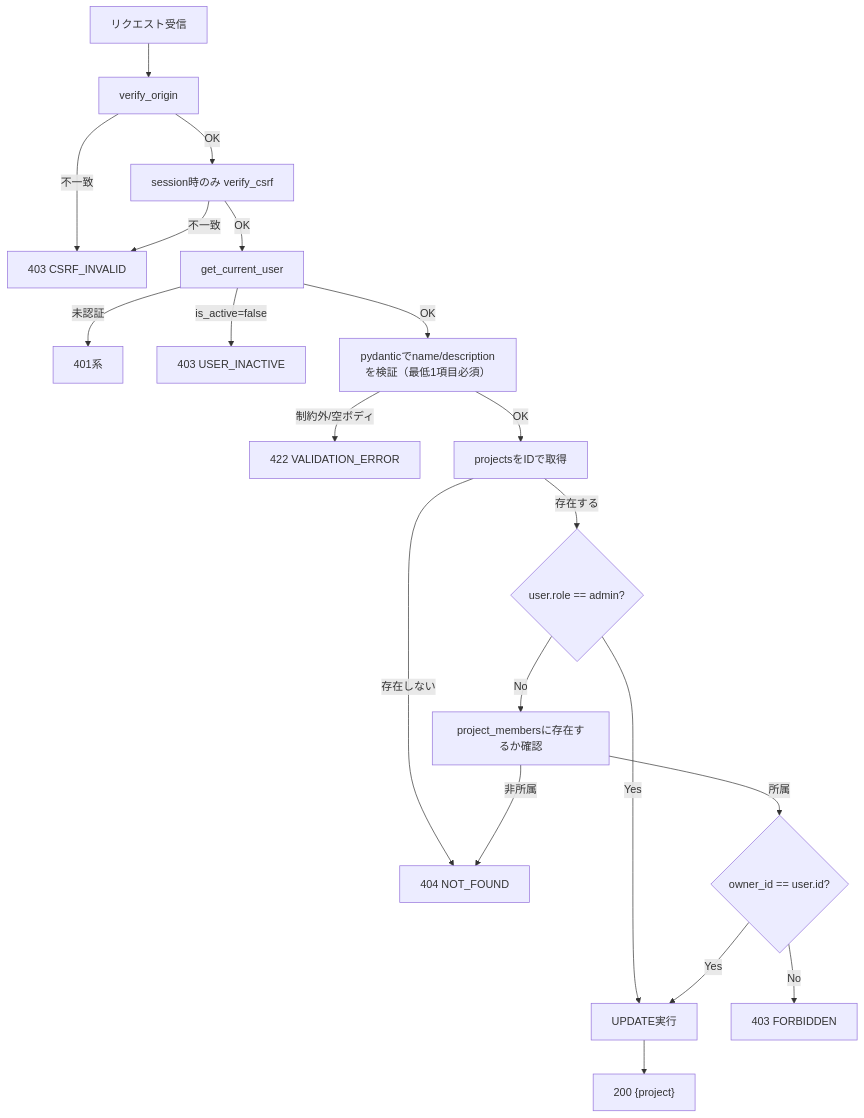
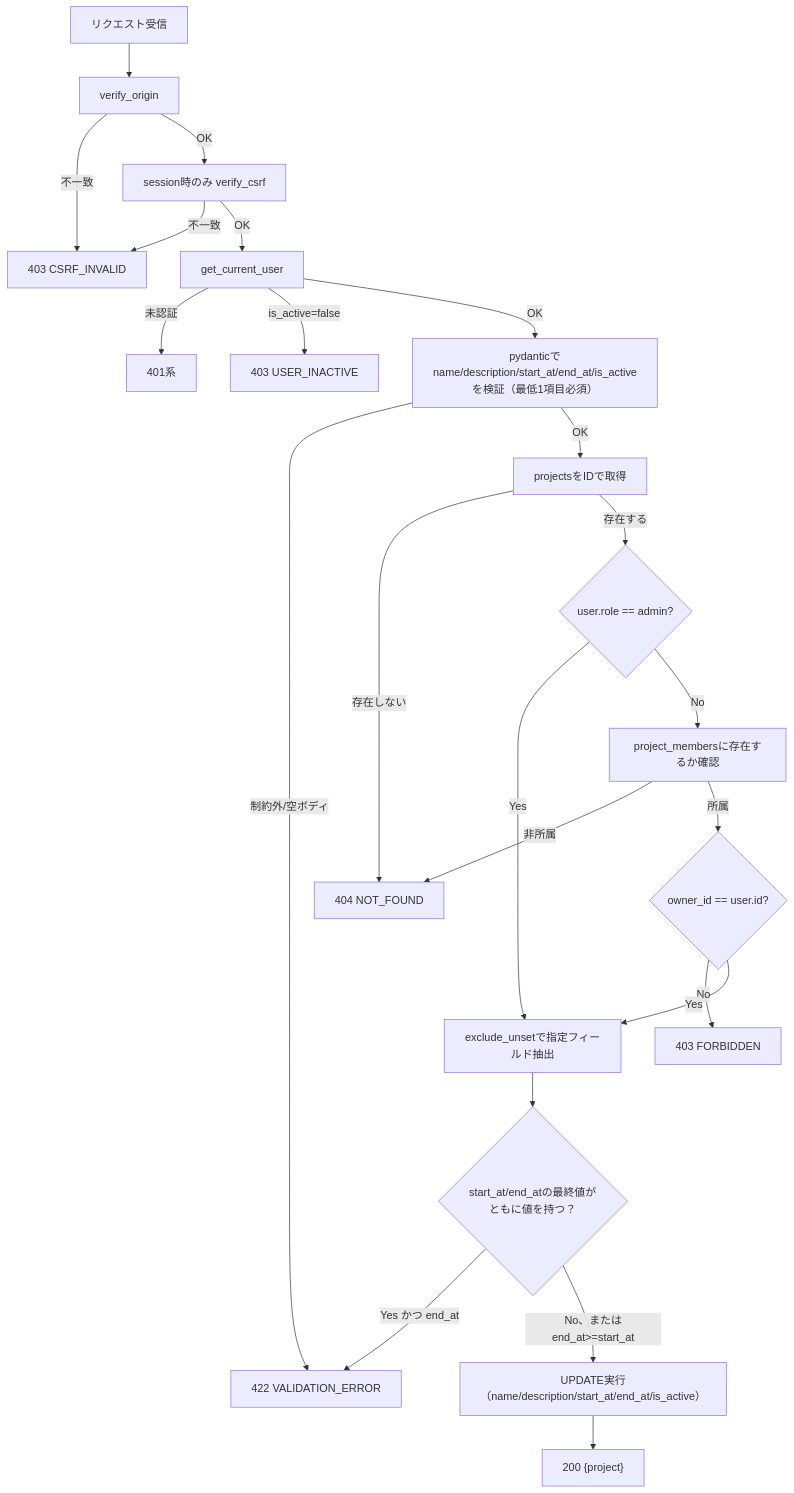
One commit to oikawa-d/task_management changed the second of 4 diagrams in detailed_design/api/projects/04_patch_project.md. Above: the diagram before and after it, drawn with Mermaid. The commit also changed other lines of this file and 25 other files, not shown here.

````diff
--- a/detailed_design/api/projects/04_patch_project.md
+++ b/detailed_design/api/projects/04_patch_project.md
@@ -125,22 +138,25 @@
 ```mermaid
 flowchart TB
     A["リクエスト受信"] --> B["verify_origin"]
     B -->|"不一致"| B1["403 CSRF_INVALID"]
     B -->|"OK"| C["session時のみ verify_csrf"]
     C -->|"不一致"| B1
     C -->|"OK"| D["get_current_user"]
     D -->|"未認証"| D1["401系"]
     D -->|"is_active=false"| D2["403 USER_INACTIVE"]
-    D -->|"OK"| E["pydanticでname/descriptionを検証（最低1項目必須）"]
+    D -->|"OK"| E["pydanticでname/description/start_at/end_at/is_activeを検証（最低1項目必須）"]
     E -->|"制約外/空ボディ"| E1["422 VALIDATION_ERROR"]
     E -->|"OK"| F["projectsをIDで取得"]
     F -->|"存在しない"| F1["404 NOT_FOUND"]
     F -->|"存在する"| G{"user.role == admin?"}
-    G -->|"Yes"| H["UPDATE実行"]
+    G -->|"Yes"| H["exclude_unsetで指定フィールド抽出"]
     G -->|"No"| I["project_membersに存在するか確認"]
     I -->|"非所属"| F1
     I -->|"所属"| J{"owner_id == user.id?"}
     J -->|"No"| J1["403 FORBIDDEN"]
     J -->|"Yes"| H
-    H --> K["200 {project}"]
+    H --> H1{"start_at/end_atの最終値がともに値を持つ？"}
+    H1 -->|"Yes かつ end_at<start_at"| E1
+    H1 -->|"No、またはend_at>=start_at"| K["UPDATE実行（name/description/start_at/end_at/is_active）"]
+    K --> L["200 {project}"]
 ```
````
